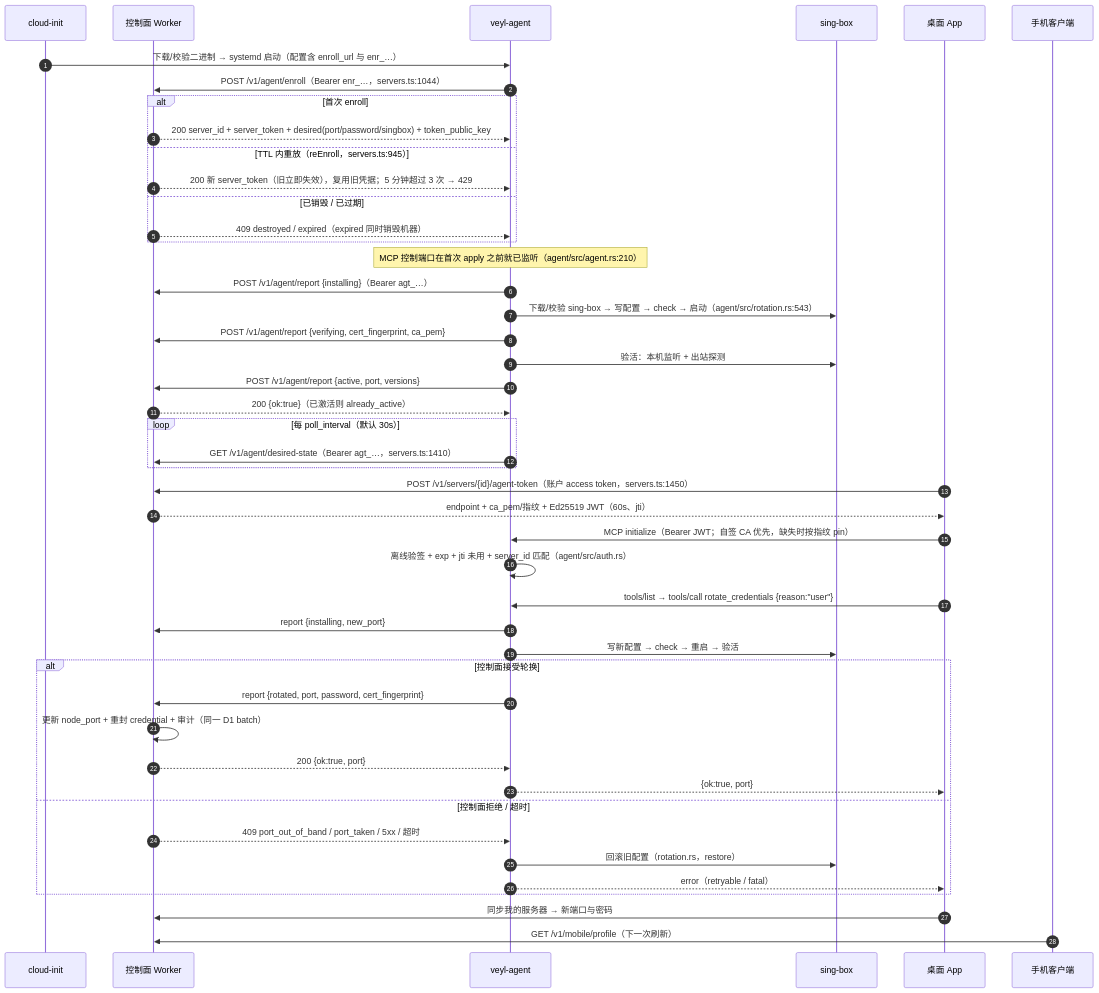
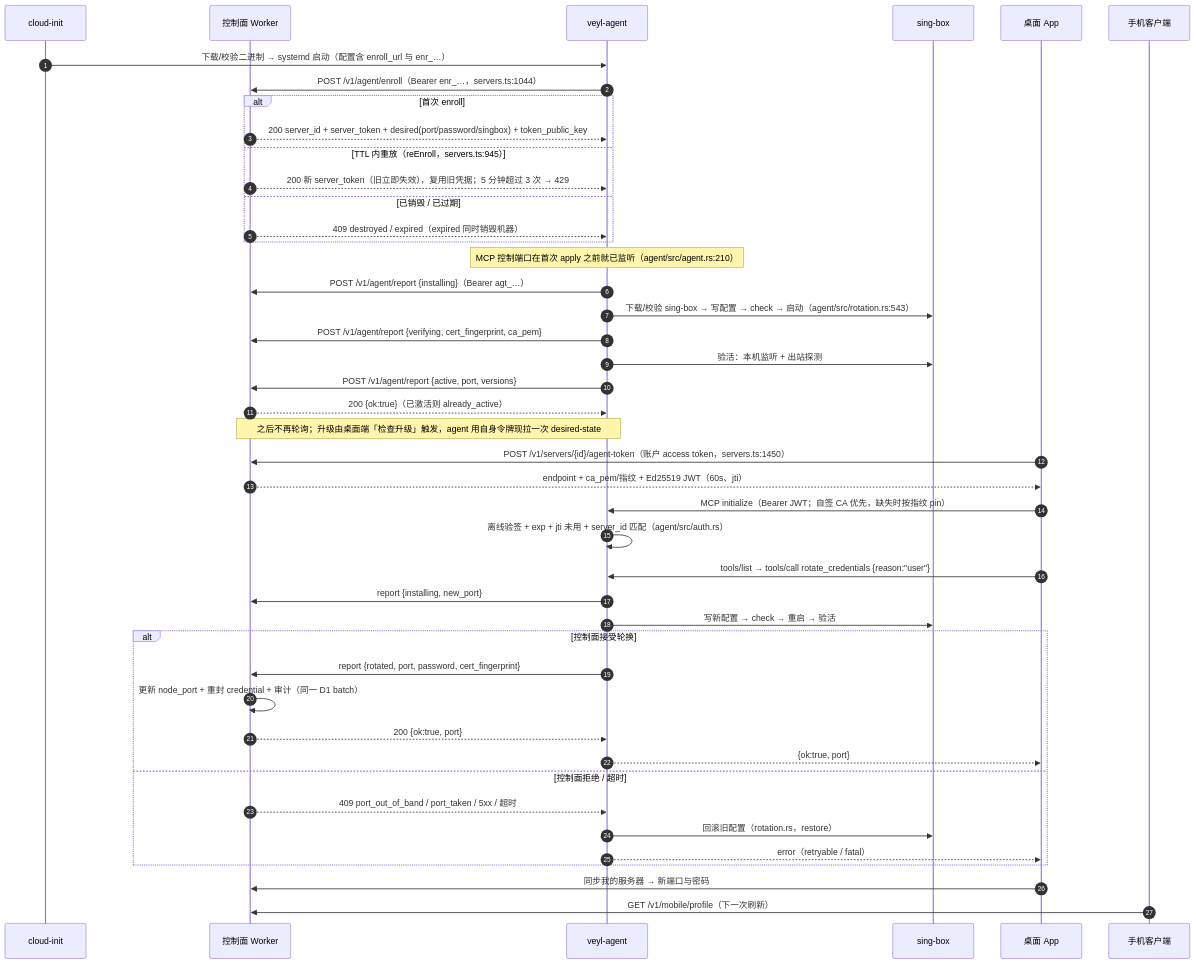
Before and after one commit to aiwithblockchain/veyl: the first of 2 diagrams in docs/design/node-agent-mcp.md, drawn with Mermaid. The commit also changed other lines of this file and 16 other files, not shown here.

````diff
--- a/docs/design/node-agent-mcp.md
+++ b/docs/design/node-agent-mcp.md
@@ -203,51 +207,49 @@
 ```mermaid
 sequenceDiagram
     autonumber
     participant CI as cloud-init
     participant CP as 控制面 Worker
     participant AG as veyl-agent
     participant SB as sing-box
     participant UI as 桌面 App
     participant PH as 手机客户端
 
     CI->>AG: 下载/校验二进制 → systemd 启动（配置含 enroll_url 与 enr_…）
     AG->>CP: POST /v1/agent/enroll（Bearer enr_…，servers.ts:1044）
     alt 首次 enroll
         CP-->>AG: 200 server_id + server_token + desired(port/password/singbox) + token_public_key
     else TTL 内重放（reEnroll，servers.ts:945）
         CP-->>AG: 200 新 server_token（旧立即失效），复用旧凭据；5 分钟超过 3 次 → 429
     else 已销毁 / 已过期
         CP-->>AG: 409 destroyed / expired（expired 同时销毁机器）
     end
 
     Note over AG: MCP 控制端口在首次 apply 之前就已监听（agent/src/agent.rs:210）
     AG->>CP: POST /v1/agent/report {installing}（Bearer agt_…）
     AG->>SB: 下载/校验 sing-box → 写配置 → check → 启动（agent/src/rotation.rs:543）
     AG->>CP: POST /v1/agent/report {verifying, cert_fingerprint, ca_pem}
     AG->>SB: 验活：本机监听 + 出站探测
     AG->>CP: POST /v1/agent/report {active, port, versions}
     CP-->>AG: 200 {ok:true}（已激活则 already_active）
-    loop 每 poll_interval（默认 30s）
-        AG->>CP: GET /v1/agent/desired-state（Bearer agt_…，servers.ts:1410）
-    end
+    Note over AG,CP: 之后不再轮询；升级由桌面端「检查升级」触发，agent 用自身令牌现拉一次 desired-state
 
     UI->>CP: POST /v1/servers/{id}/agent-token（账户 access token，servers.ts:1450）
     CP-->>UI: endpoint + ca_pem/指纹 + Ed25519 JWT（60s、jti）
     UI->>AG: MCP initialize（Bearer JWT；自签 CA 优先，缺失时按指纹 pin）
     AG->>AG: 离线验签 + exp + jti 未用 + server_id 匹配（agent/src/auth.rs）
     UI->>AG: tools/list → tools/call rotate_credentials {reason:"user"}
     AG->>CP: report {installing, new_port}
     AG->>SB: 写新配置 → check → 重启 → 验活
     alt 控制面接受轮换
         AG->>CP: report {rotated, port, password, cert_fingerprint}
         CP->>CP: 更新 node_port + 重封 credential + 审计（同一 D1 batch）
         CP-->>AG: 200 {ok:true, port}
         AG-->>UI: {ok:true, port}
     else 控制面拒绝 / 超时
         CP-->>AG: 409 port_out_of_band / port_taken / 5xx / 超时
         AG->>SB: 回滚旧配置（rotation.rs，restore）
         AG-->>UI: error（retryable / fatal）
     end
     UI->>CP: 同步我的服务器 → 新端口与密码
     PH->>CP: GET /v1/mobile/profile（下一次刷新）
 ```
````
